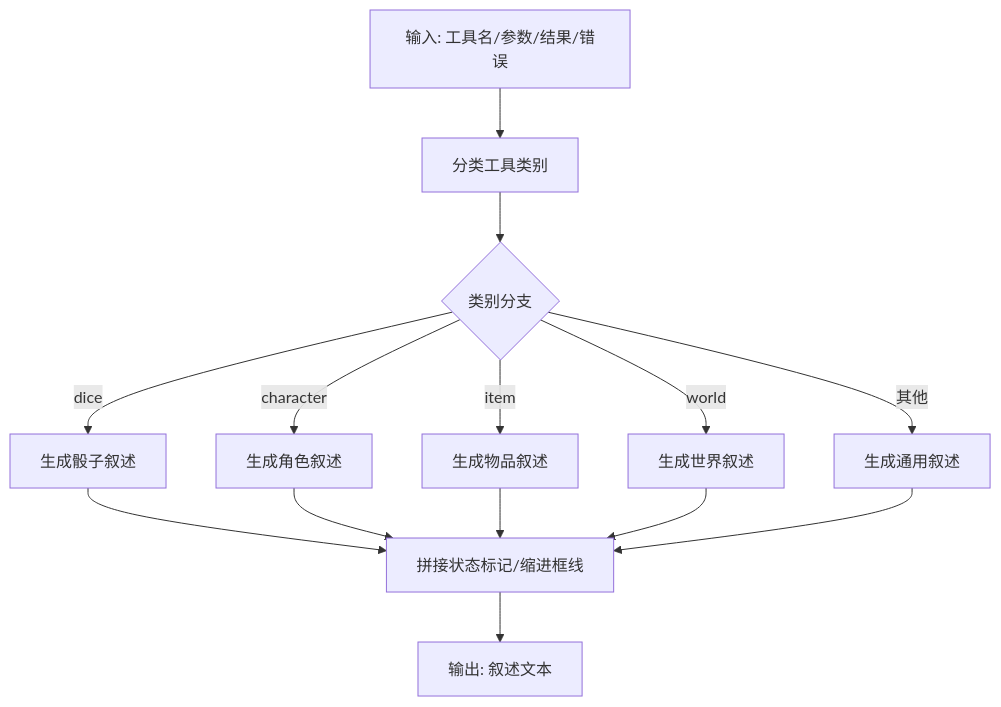
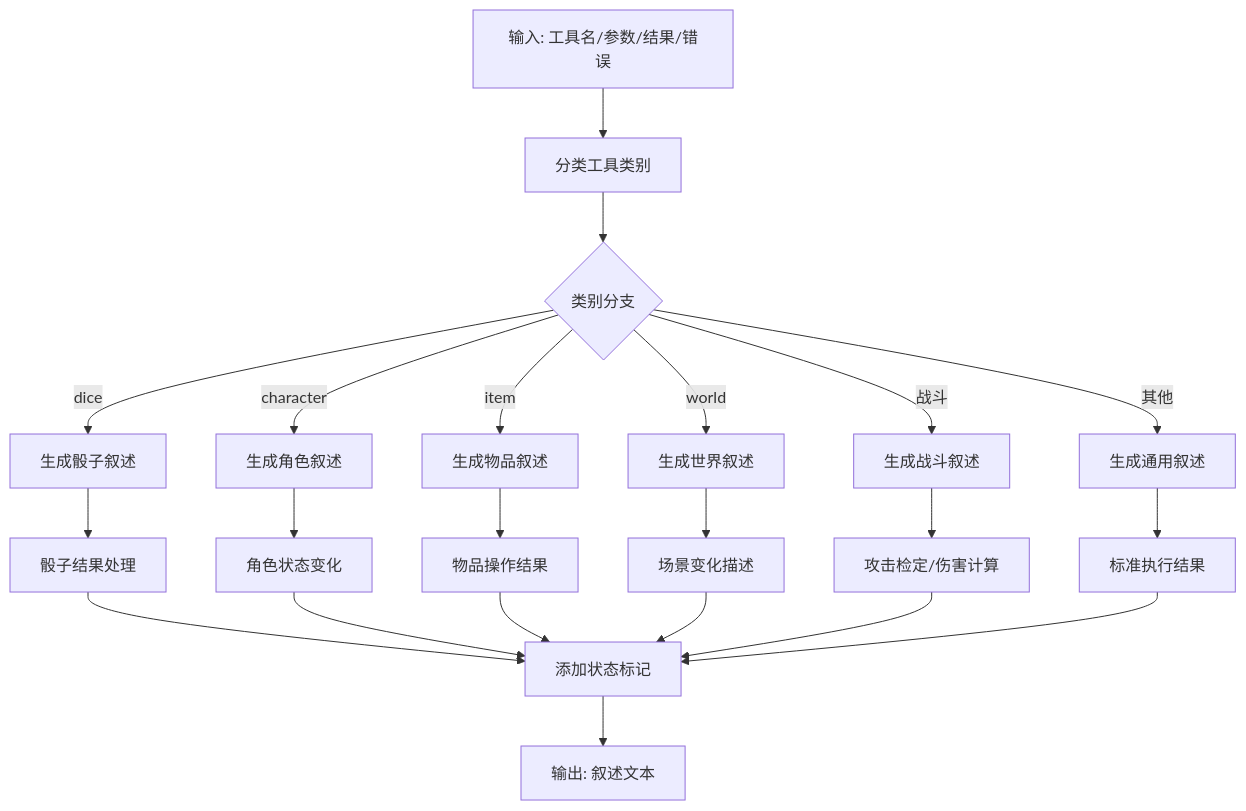
The seventh of 9 diagrams in .qoder/repowiki/zh/content/游戏引擎架构/智能代理循环.md (zwh8800/cdnd), drawn with Mermaid before and after one commit. The commit also changed other lines of this file and 11 other files, not shown here.

````diff
--- a/.qoder/repowiki/zh/content/游戏引擎架构/智能代理循环.md
+++ b/.qoder/repowiki/zh/content/游戏引擎架构/智能代理循环.md
@@ -320,16 +423,24 @@
 ```mermaid
 flowchart TD
 A["输入: 工具名/参数/结果/错误"] --> B["分类工具类别"]
 B --> C{"类别分支"}
 C --> |dice| D["生成骰子叙述"]
 C --> |character| E["生成角色叙述"]
 C --> |item| F["生成物品叙述"]
 C --> |world| G["生成世界叙述"]
-C --> |其他| H["生成通用叙述"]
-D --> I["拼接状态标记/缩进框线"]
-E --> I
-F --> I
-G --> I
-H --> I
-I --> J["输出: 叙述文本"]
+C --> |战斗| H["生成战斗叙述"]
+C --> |其他| I["生成通用叙述"]
+D --> J["骰子结果处理"]
+E --> K["角色状态变化"]
+F --> L["物品操作结果"]
+G --> M["场景变化描述"]
+H --> N["攻击检定/伤害计算"]
+I --> O["标准执行结果"]
+J --> P["添加状态标记"]
+K --> P
+L --> P
+M --> P
+N --> P
+O --> P
+P --> Q["输出: 叙述文本"]
 ```
````
